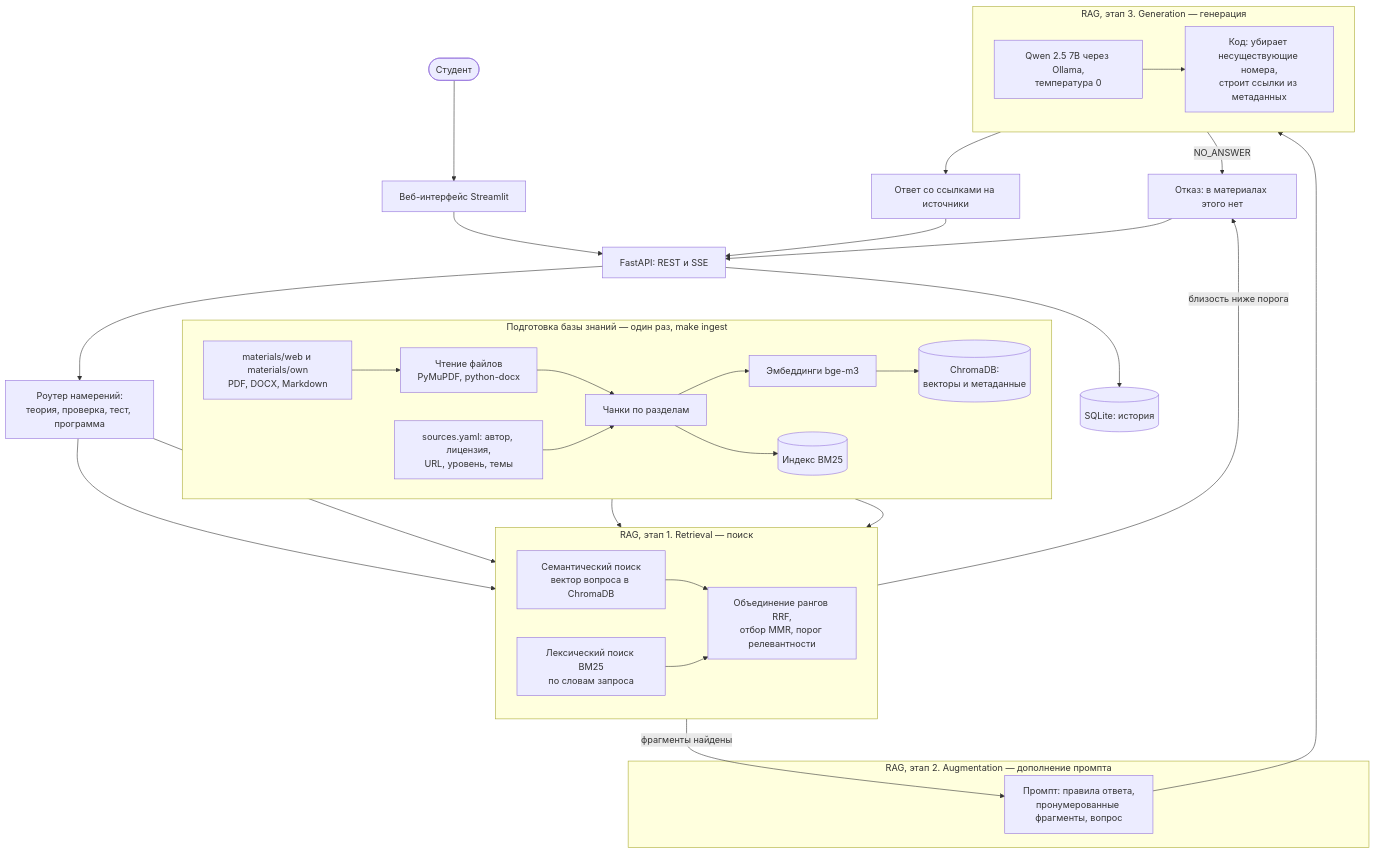
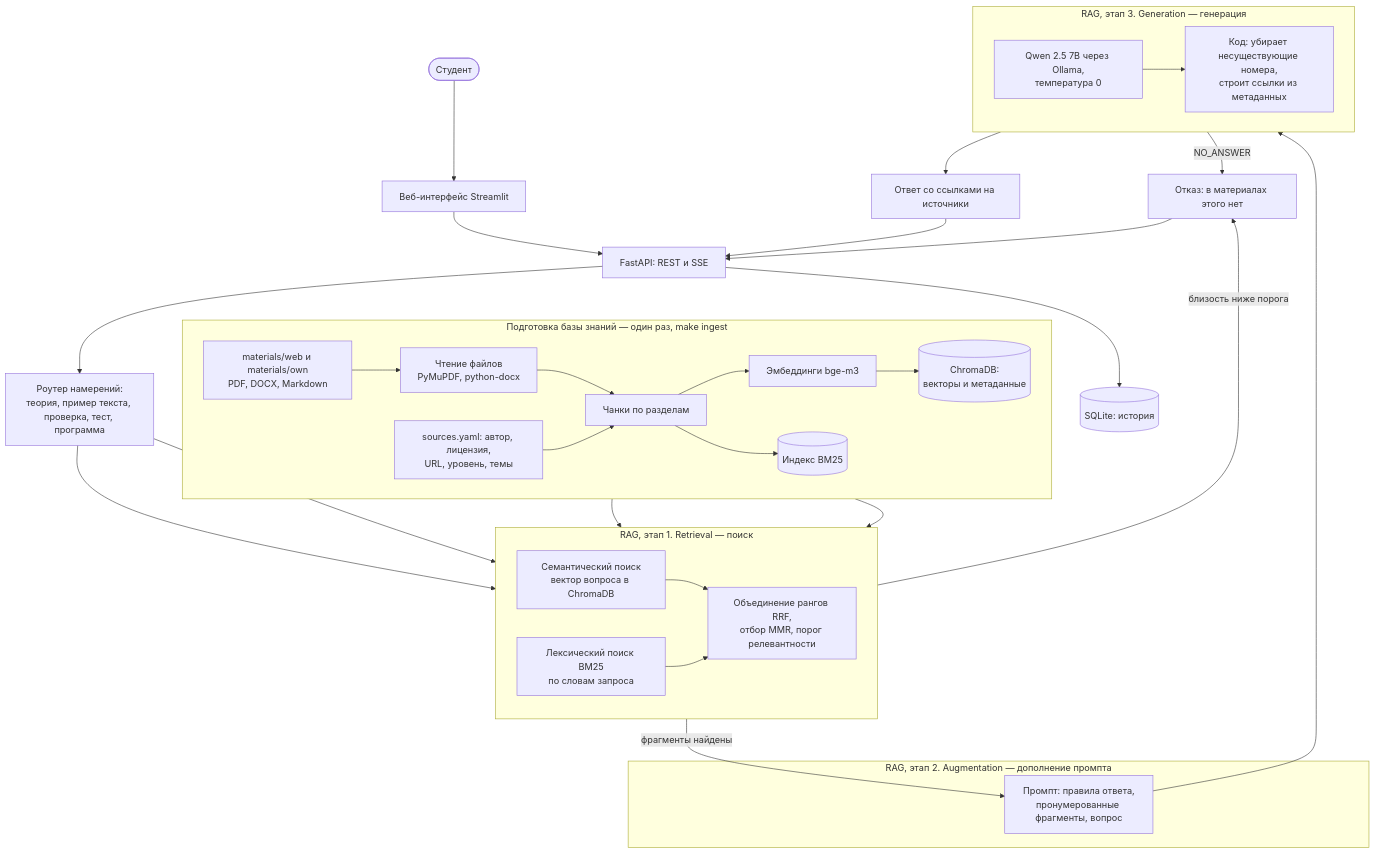
The first of 2 diagrams in README.md (Xlemon5/english-tutor-ai), drawn with Mermaid before and after one commit. The commit also changed other lines of this file and 12 other files, not shown here.

````diff
--- a/README.md
+++ b/README.md
@@ -269,44 +270,44 @@
 ```mermaid
 flowchart TB
     subgraph PREP["Подготовка базы знаний — один раз, make ingest"]
         direction LR
         M["materials/web и materials/own<br/>PDF, DOCX, Markdown"] --> L["Чтение файлов<br/>PyMuPDF, python-docx"]
         L --> C["Чанки по разделам"]
         S["sources.yaml: автор, лицензия,<br/>URL, уровень, темы"] --> C
         C --> E["Эмбеддинги bge-m3"]
         E --> V[("ChromaDB:<br/>векторы и метаданные")]
         C --> B[("Индекс BM25")]
     end
 
     U(["Студент"]) --> UI["Веб-интерфейс Streamlit"]
     UI --> API["FastAPI: REST и SSE"]
-    API --> RT["Роутер намерений:<br/>теория, проверка, тест, программа"]
+    API --> RT["Роутер намерений:<br/>теория, пример текста, проверка, тест, программа"]
     API --> Q[("SQLite: история")]
 
     subgraph RET["RAG, этап 1. Retrieval — поиск"]
         direction LR
         R1["Семантический поиск<br/>вектор вопроса в ChromaDB"] --> R3["Объединение рангов RRF,<br/>отбор MMR, порог релевантности"]
         R2["Лексический поиск BM25<br/>по словам запроса"] --> R3
     end
 
     subgraph AUG["RAG, этап 2. Augmentation — дополнение промпта"]
         A1["Промпт: правила ответа,<br/>пронумерованные фрагменты, вопрос"]
     end
 
     subgraph GEN["RAG, этап 3. Generation — генерация"]
         direction LR
         G1["Qwen 2.5 7B через Ollama,<br/>температура 0"] --> G2["Код: убирает несуществующие номера,<br/>строит ссылки из метаданных"]
     end
 
     RT --> R1
     RT --> R2
     V --> R1
     B --> R2
     R3 -- "фрагменты найдены" --> A1
     A1 --> G1
     R3 -- "близость ниже порога" --> NO["Отказ: в материалах этого нет"]
     G1 -- "NO_ANSWER" --> NO
     G2 --> ANS["Ответ со ссылками на источники"]
     ANS --> API
     NO --> API
 ```
````
